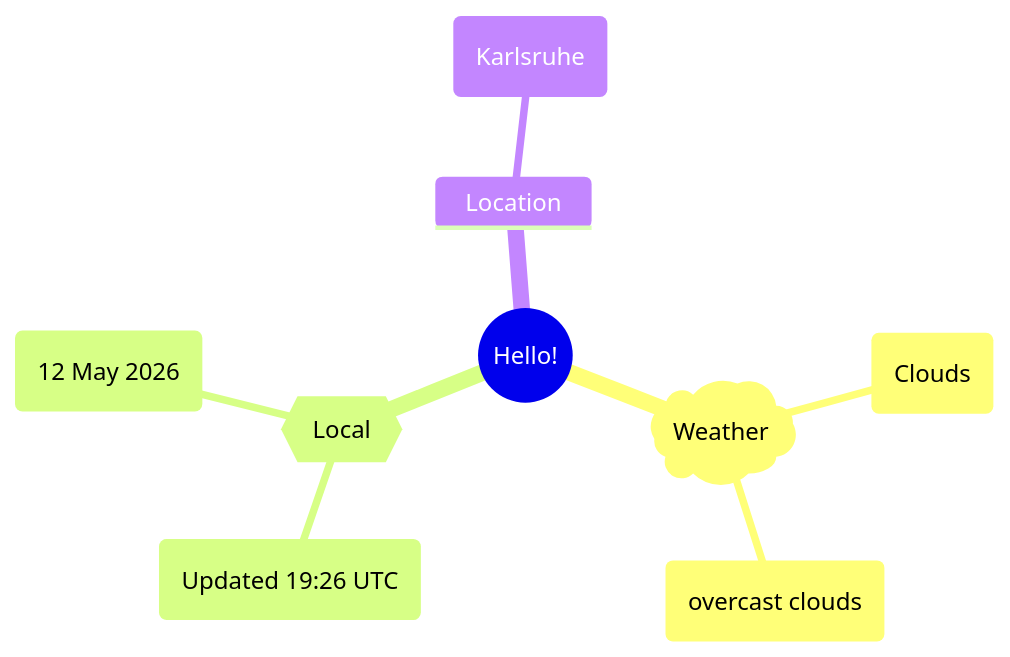
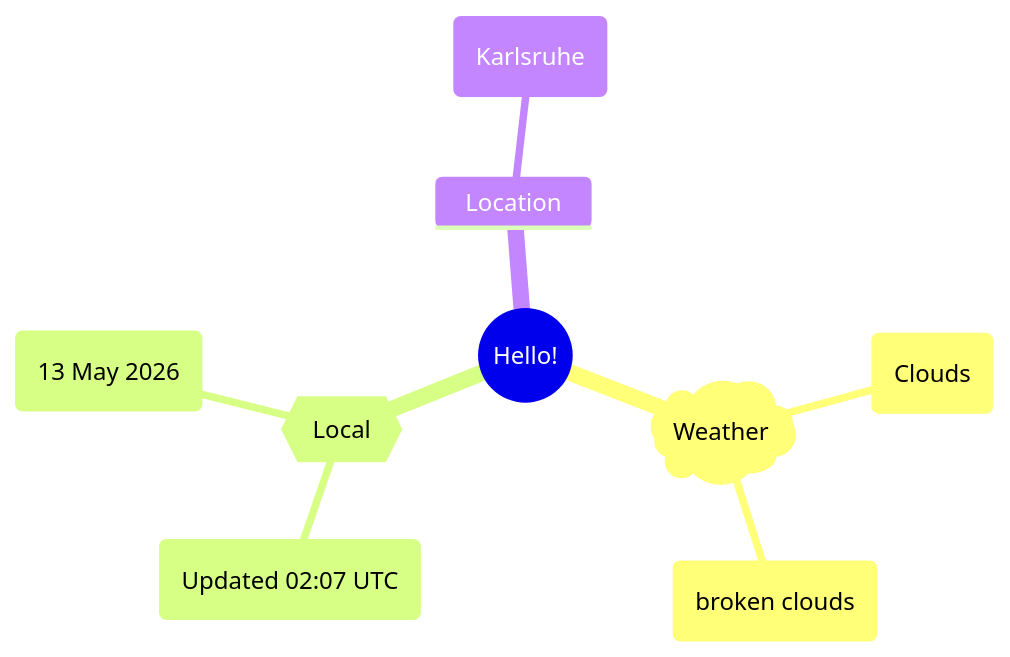
The first of 2 diagrams in README.md (Xosrov/Xosrov), drawn with Mermaid before and after one commit.

Commit message:
[bot] updated images

````diff
--- a/README.md
+++ b/README.md
@@ -3,12 +3,12 @@
 ```mermaid
 mindmap
   root((Hello!))
     )Weather(
         (Clouds)
-        (overcast clouds)
+        (broken clouds)
     {{Local}}
-        (Updated 19:26 UTC)
-        (12 May 2026)
+        (Updated 02:07 UTC)
+        (13 May 2026)
     Location
         (Karlsruhe)
 ```
````
